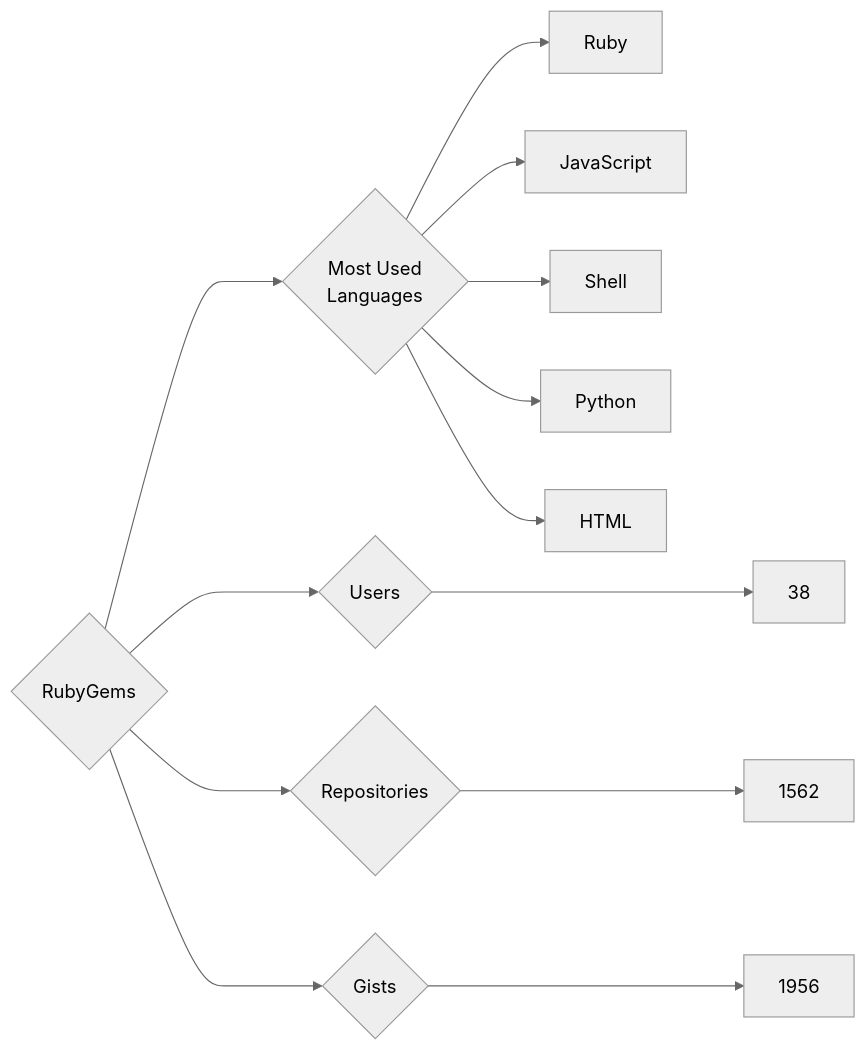
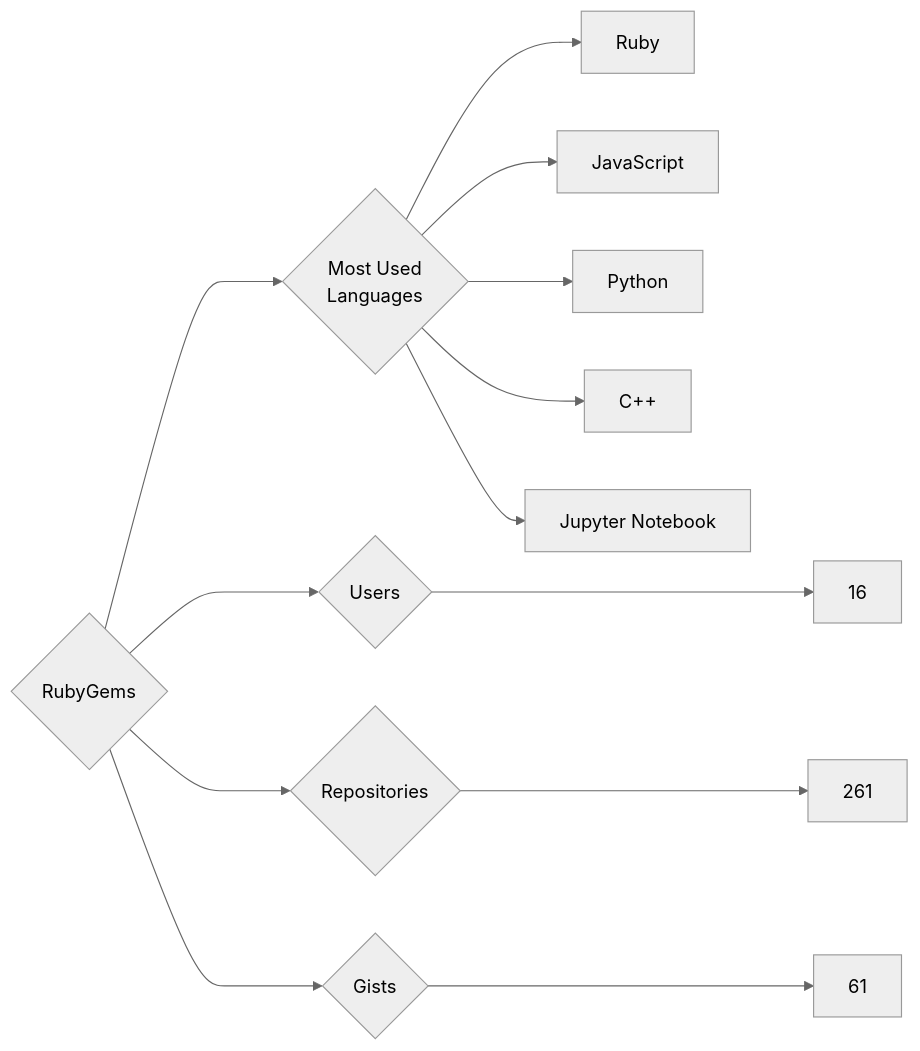
Before and after one commit to trickest/insiders: the diagram in targets/RubyGems/README.md, drawn with Mermaid (neutral theme). The commit also changed 1496 other files, not shown here.

````diff
--- a/targets/RubyGems/README.md
+++ b/targets/RubyGems/README.md
@@ -3,13 +3,13 @@
 ```mermaid
 graph LR
 COMPANY_NAME{RubyGems}
-COMPANY_NAME ---> U{Users} ---> UN[38]
-COMPANY_NAME ---> R{Repositories} ---> RN[1562]
-COMPANY_NAME ---> G{Gists} ---> GN[1956]
+COMPANY_NAME ---> U{Users} ---> UN[16]
+COMPANY_NAME ---> R{Repositories} ---> RN[261]
+COMPANY_NAME ---> G{Gists} ---> GN[61]
 COMPANY_NAME ---> ML{Most Used<br>Languages}
 ML --> Ruby[Ruby]
 ML --> JavaScript[JavaScript]
-ML --> Shell[Shell]
 ML --> Python[Python]
-ML --> HTML[HTML]
+ML --> C++[C++]
+ML --> Jupyter_Notebook[Jupyter Notebook]
 ```
````
